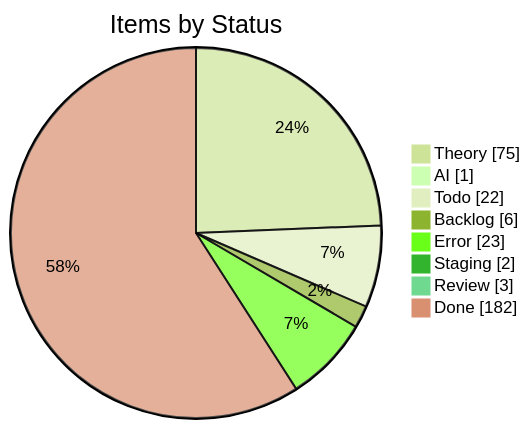
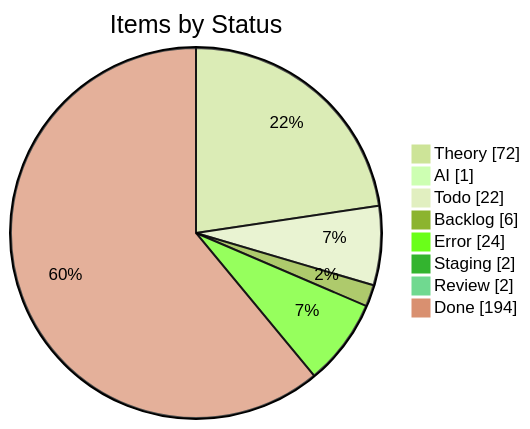
The first of 4 diagrams in apps/kbve/astro-kbve/src/content/docs/dashboard/kanban-data.mdx (KBVE/kbve), drawn with Mermaid (forest theme) before and after one commit. The commit also changed other lines of this file and 8 other files, not shown here.

````diff
--- a/apps/kbve/astro-kbve/src/content/docs/dashboard/kanban-data.mdx
+++ b/apps/kbve/astro-kbve/src/content/docs/dashboard/kanban-data.mdx
@@ -55,12 +55,12 @@
 ```mermaid
 pie showData
     title Items by Status
-    "Theory" : 75
+    "Theory" : 72
     "AI" : 1
     "Todo" : 22
     "Backlog" : 6
-    "Error" : 23
+    "Error" : 24
     "Staging" : 2
-    "Review" : 3
-    "Done" : 182
+    "Review" : 2
+    "Done" : 194
 ```
````
